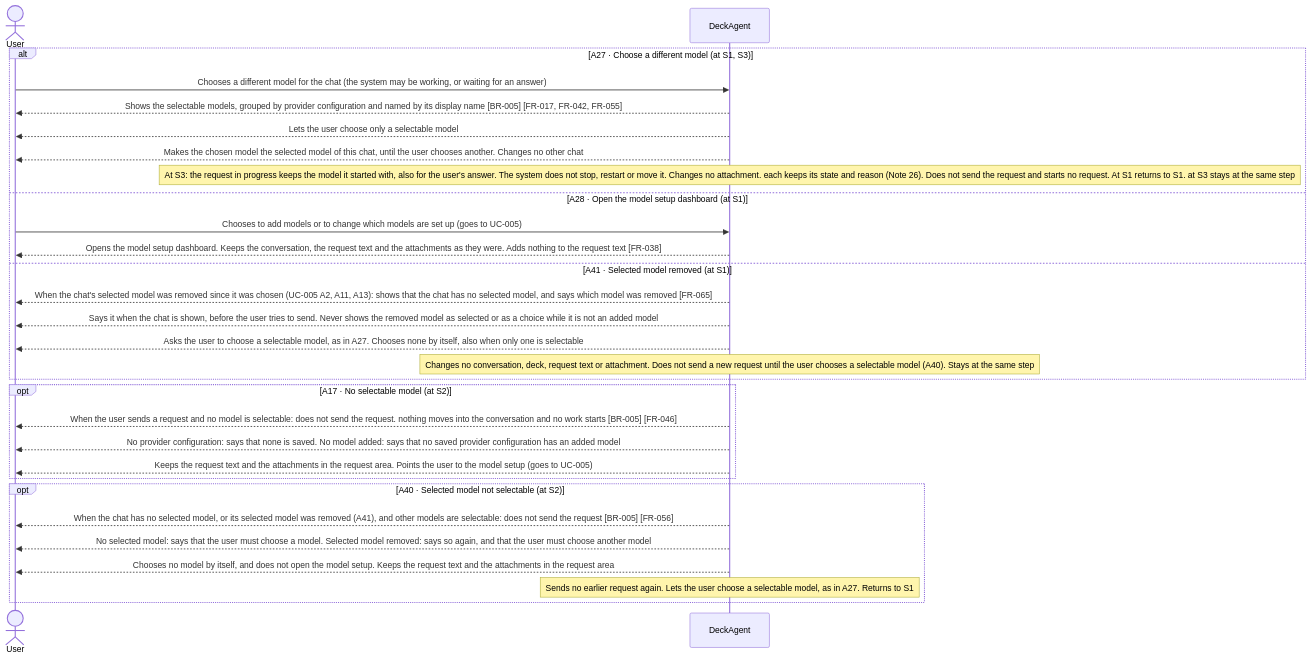
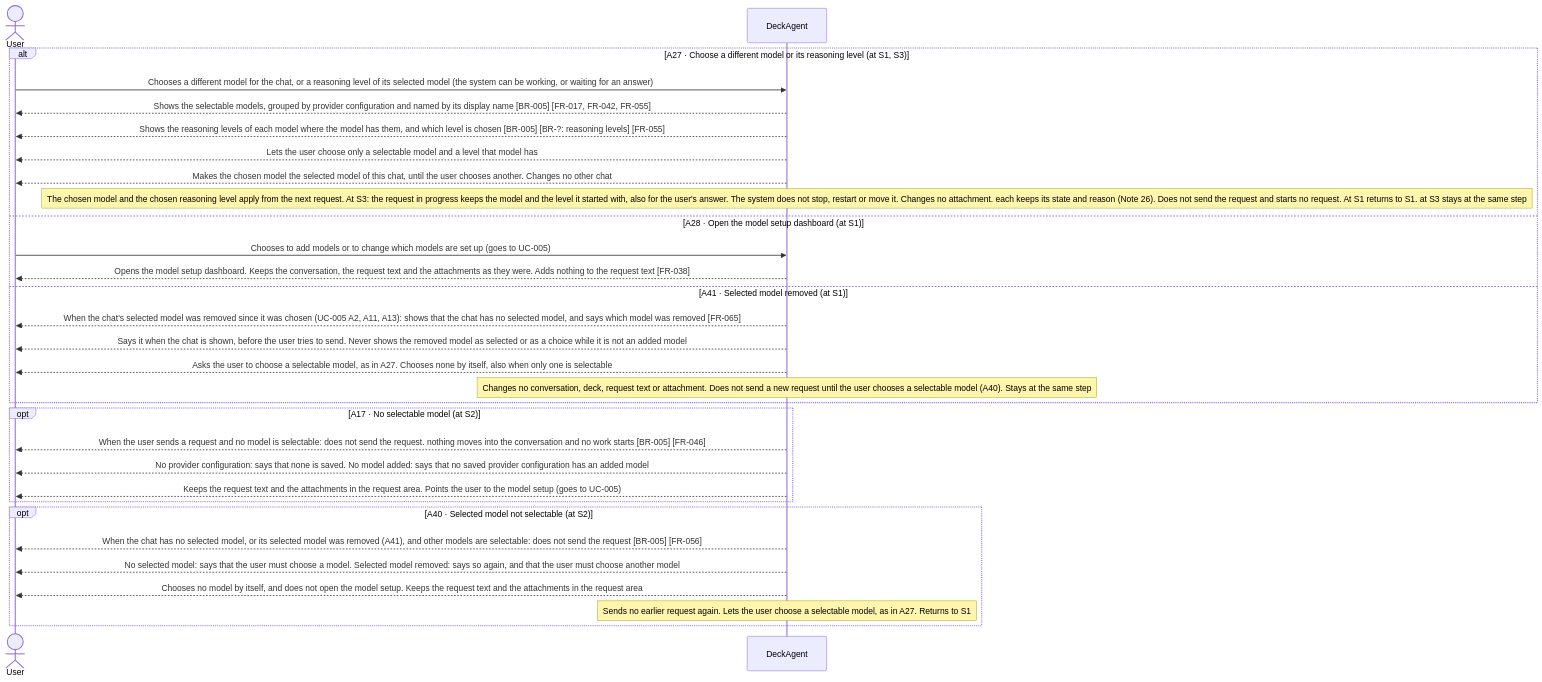
The second of 4 diagrams in docs/spec/03-use-cases/UC-003.md (Luke23127006/DeckAgent), drawn with Mermaid before and after one commit. The commit also changed other lines of this file and 30 other files, not shown here.

````diff
--- a/docs/spec/03-use-cases/UC-003.md
+++ b/docs/spec/03-use-cases/UC-003.md
@@ -96,31 +104,32 @@
 ```mermaid
 sequenceDiagram
     actor User
     participant DeckAgent
-    alt A27 · Choose a different model (at S1, S3)
-        User->>DeckAgent: Chooses a different model for the chat (the system may be working, or waiting for an answer)
+    alt A27 · Choose a different model or its reasoning level (at S1, S3)
+        User->>DeckAgent: Chooses a different model for the chat, or a reasoning level of its selected model (the system can be working, or waiting for an answer)
         DeckAgent-->>User: Shows the selectable models, grouped by provider configuration and named by its display name [BR-005] [FR-017, FR-042, FR-055]
-        DeckAgent-->>User: Lets the user choose only a selectable model
+        DeckAgent-->>User: Shows the reasoning levels of each model where the model has them, and which level is chosen [BR-005] [BR-?: reasoning levels] [FR-055]
+        DeckAgent-->>User: Lets the user choose only a selectable model and a level that model has
         DeckAgent-->>User: Makes the chosen model the selected model of this chat, until the user chooses another. Changes no other chat
-        note over DeckAgent: At S3: the request in progress keeps the model it started with, also for the user's answer. The system does not stop, restart or move it. Changes no attachment. each keeps its state and reason (Note 26). Does not send the request and starts no request. At S1 returns to S1. at S3 stays at the same step
+        note over DeckAgent: The chosen model and the chosen reasoning level apply from the next request. At S3: the request in progress keeps the model and the level it started with, also for the user's answer. The system does not stop, restart or move it. Changes no attachment. each keeps its state and reason (Note 26). Does not send the request and starts no request. At S1 returns to S1. at S3 stays at the same step
     else A28 · Open the model setup dashboard (at S1)
         User->>DeckAgent: Chooses to add models or to change which models are set up (goes to UC-005)
         DeckAgent-->>User: Opens the model setup dashboard. Keeps the conversation, the request text and the attachments as they were. Adds nothing to the request text [FR-038]
     else A41 · Selected model removed (at S1)
         DeckAgent-->>User: When the chat's selected model was removed since it was chosen (UC-005 A2, A11, A13): shows that the chat has no selected model, and says which model was removed [FR-065]
         DeckAgent-->>User: Says it when the chat is shown, before the user tries to send. Never shows the removed model as selected or as a choice while it is not an added model
         DeckAgent-->>User: Asks the user to choose a selectable model, as in A27. Chooses none by itself, also when only one is selectable
         note over DeckAgent: Changes no conversation, deck, request text or attachment. Does not send a new request until the user chooses a selectable model (A40). Stays at the same step
     end
     opt A17 · No selectable model (at S2)
         DeckAgent-->>User: When the user sends a request and no model is selectable: does not send the request. nothing moves into the conversation and no work starts [BR-005] [FR-046]
         DeckAgent-->>User: No provider configuration: says that none is saved. No model added: says that no saved provider configuration has an added model
         DeckAgent-->>User: Keeps the request text and the attachments in the request area. Points the user to the model setup (goes to UC-005)
     end
     opt A40 · Selected model not selectable (at S2)
         DeckAgent-->>User: When the chat has no selected model, or its selected model was removed (A41), and other models are selectable: does not send the request [BR-005] [FR-056]
         DeckAgent-->>User: No selected model: says that the user must choose a model. Selected model removed: says so again, and that the user must choose another model
         DeckAgent-->>User: Chooses no model by itself, and does not open the model setup. Keeps the request text and the attachments in the request area
         note over DeckAgent: Sends no earlier request again. Lets the user choose a selectable model, as in A27. Returns to S1
     end
 ```
````
